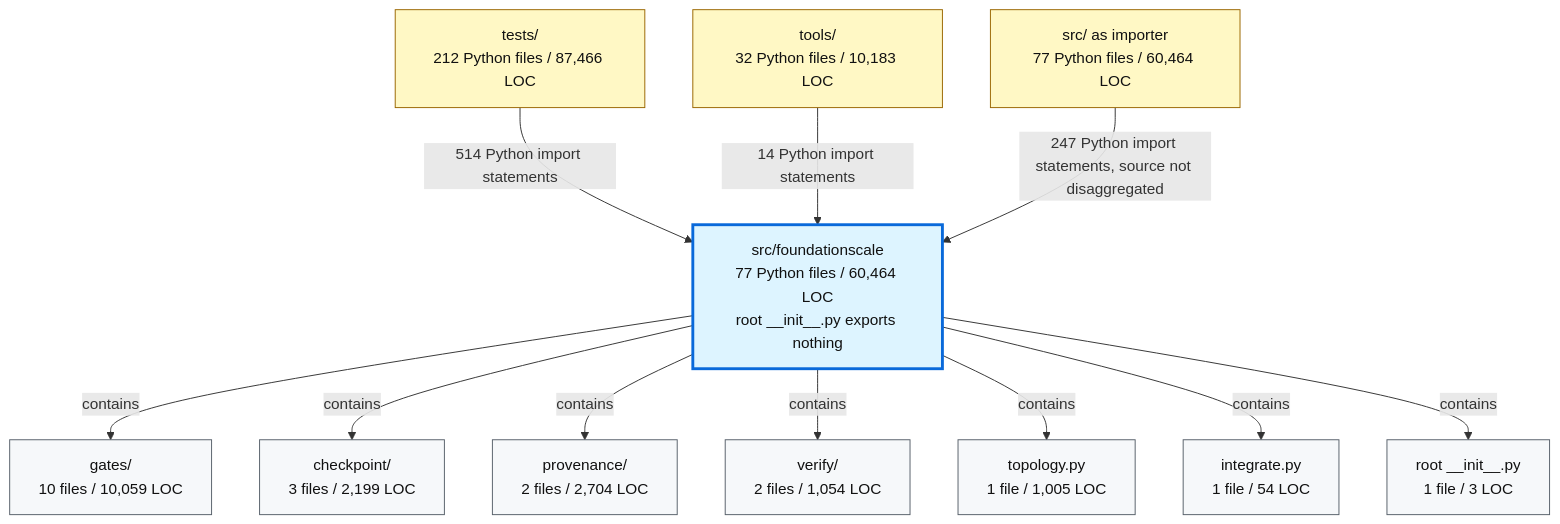
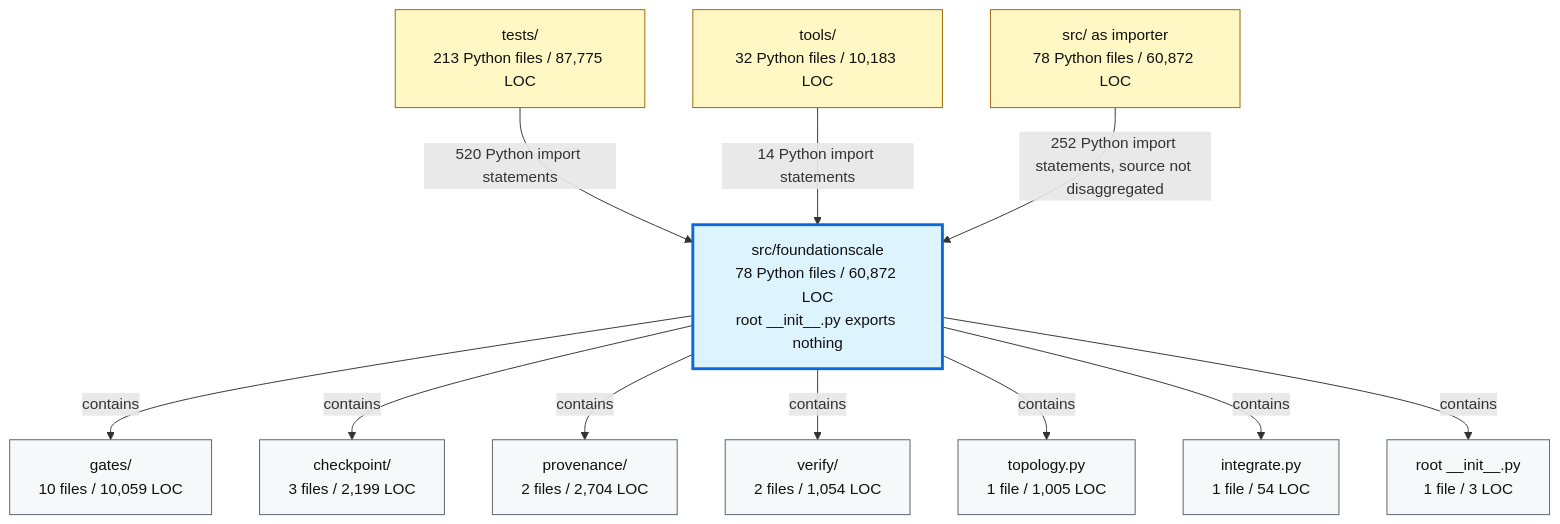
The second of 2 diagrams in docs/review/D2_current_architecture.md (TranNhiem/FoundationScale), drawn with Mermaid before and after one commit. The commit also changed other lines of this file and 10 other files, not shown here.

````diff
--- a/docs/review/D2_current_architecture.md
+++ b/docs/review/D2_current_architecture.md
@@ -97,36 +97,36 @@
 ```mermaid
 flowchart TB
-  TESTS["tests/<br/>212 Python files / 87,466 LOC"]
+  TESTS["tests/<br/>213 Python files / 87,775 LOC"]
   TOOLS["tools/<br/>32 Python files / 10,183 LOC"]
-  SRC["src/ as importer<br/>77 Python files / 60,464 LOC"]
+  SRC["src/ as importer<br/>78 Python files / 60,872 LOC"]
 
-  FS["src/foundationscale<br/>77 Python files / 60,464 LOC<br/>root __init__.py exports nothing"]
+  FS["src/foundationscale<br/>78 Python files / 60,872 LOC<br/>root __init__.py exports nothing"]
 
   GATES["gates/<br/>10 files / 10,059 LOC"]
   CKPT["checkpoint/<br/>3 files / 2,199 LOC"]
   PROV["provenance/<br/>2 files / 2,704 LOC"]
   VERIFY["verify/<br/>2 files / 1,054 LOC"]
   TOPO["topology.py<br/>1 file / 1,005 LOC"]
   INTEG["integrate.py<br/>1 file / 54 LOC"]
   ROOT["root __init__.py<br/>1 file / 3 LOC"]
 
-  TESTS -->|"514 Python import statements"| FS
+  TESTS -->|"520 Python import statements"| FS
   TOOLS -->|"14 Python import statements"| FS
-  SRC -->|"247 Python import statements, source not disaggregated"| FS
+  SRC -->|"252 Python import statements, source not disaggregated"| FS
 
   FS -->|"contains"| GATES
   FS -->|"contains"| CKPT
   FS -->|"contains"| PROV
   FS -->|"contains"| VERIFY
   FS -->|"contains"| TOPO
   FS -->|"contains"| INTEG
   FS -->|"contains"| ROOT
 
   classDef consumer fill:#fff8c5,stroke:#9a6700,color:#111;
   classDef package fill:#ddf4ff,stroke:#0969da,stroke-width:3px,color:#111;
   classDef module fill:#f6f8fa,stroke:#57606a,color:#111;
 
   class TESTS,TOOLS,SRC consumer;
   class FS package;
   class GATES,CKPT,PROV,VERIFY,TOPO,INTEG,ROOT module;
 ```
````
